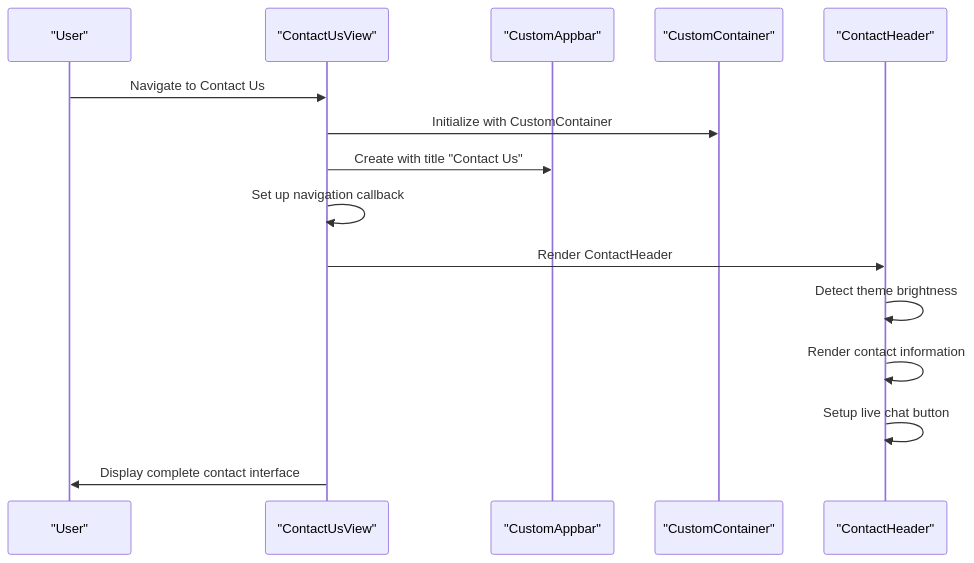
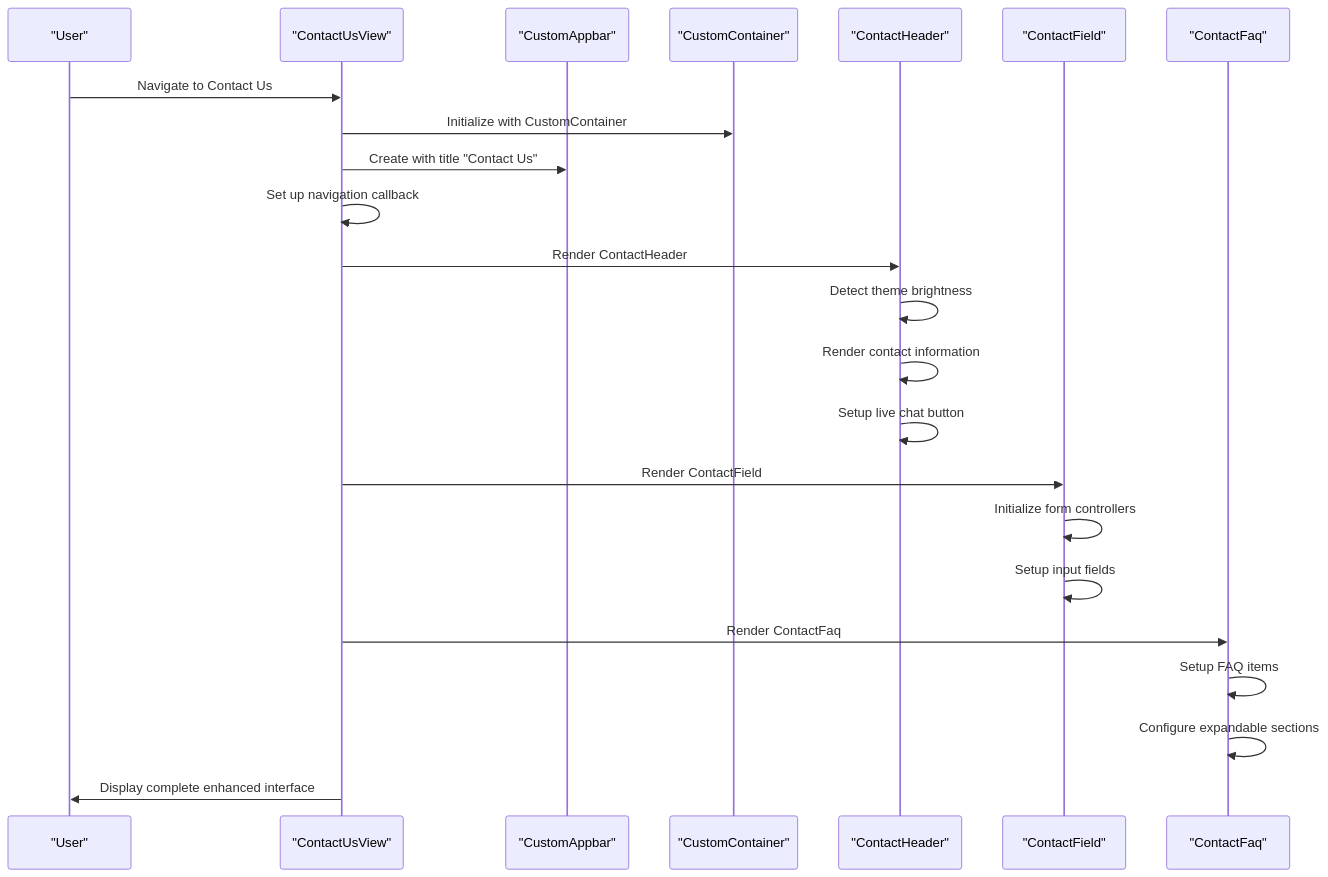
One commit to Ariful3111/FurniGo changed the sixth of 11 diagrams in .qoder/repowiki/en/content/Core Features/Support and Communication/Contact Us Feature.md. Above: the diagram before and after it, drawn with Mermaid. The commit also changed other lines of this file and 10 other files, not shown here.

````diff
--- a/.qoder/repowiki/en/content/Core Features/Support and Communication/Contact Us Feature.md
+++ b/.qoder/repowiki/en/content/Core Features/Support and Communication/Contact Us Feature.md
@@ -186,17 +339,25 @@
 ```mermaid
 sequenceDiagram
 participant User as "User"
 participant View as "ContactUsView"
 participant AppBar as "CustomAppbar"
 participant Container as "CustomContainer"
 participant Header as "ContactHeader"
+participant Field as "ContactField"
+participant FAQ as "ContactFaq"
 User->>View : Navigate to Contact Us
 View->>Container : Initialize with CustomContainer
 View->>AppBar : Create with title "Contact Us"
 View->>View : Set up navigation callback
 View->>Header : Render ContactHeader
 Header->>Header : Detect theme brightness
 Header->>Header : Render contact information
 Header->>Header : Setup live chat button
-View->>User : Display complete contact interface
+View->>Field : Render ContactField
+Field->>Field : Initialize form controllers
+Field->>Field : Setup input fields
+View->>FAQ : Render ContactFaq
+FAQ->>FAQ : Setup FAQ items
+FAQ->>FAQ : Configure expandable sections
+View->>User : Display complete enhanced interface
 ```
````
